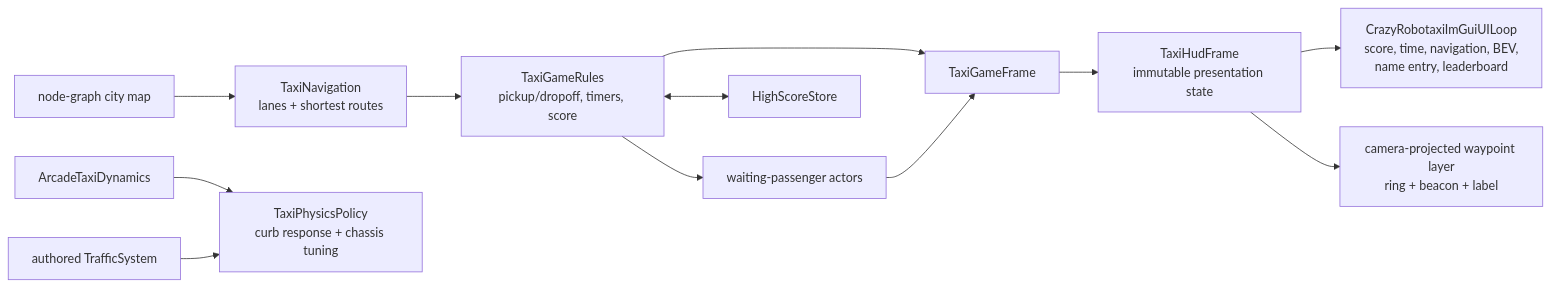
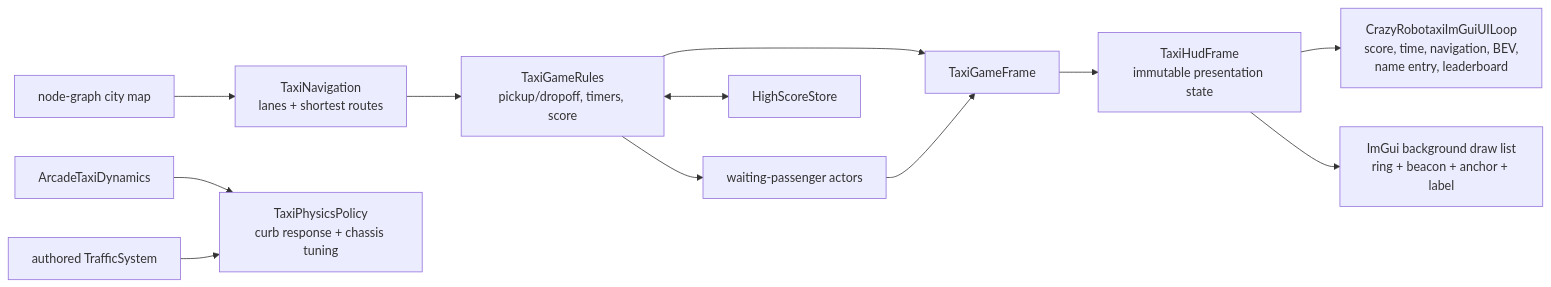
One commit to NVIDIA/flashdreams changed the fifth of 6 diagrams in docs/design/crazy_robotaxi_v2_architecture.md. Above: the diagram before and after it, drawn with Mermaid. The commit also changed other lines of this file and 4 other files, not shown here.

Commit message:
Render Crazy Robotaxi waypoints with ImGui

````diff
--- a/docs/design/crazy_robotaxi_v2_architecture.md
+++ b/docs/design/crazy_robotaxi_v2_architecture.md
@@ -248,24 +247,24 @@
 ```mermaid
 flowchart LR
     MAP["node-graph city map"]
     NAV["TaxiNavigation<br/>lanes + shortest routes"]
     FARES["TaxiGameRules<br/>pickup/dropoff, timers, score"]
     TAXI["ArcadeTaxiDynamics"]
     TAXIPHYS["TaxiPhysicsPolicy<br/>curb response + chassis tuning"]
     TRAFFIC["authored TrafficSystem"]
     PASSENGERS["waiting-passenger actors"]
     SCORES["HighScoreStore"]
     FRAME["TaxiGameFrame"]
     HUDSTATE["TaxiHudFrame<br/>immutable presentation state"]
-    WAYPOINTS["camera-projected waypoint layer<br/>ring + beacon + label"]
+    WAYPOINTS["ImGui background draw list<br/>ring + beacon + anchor + label"]
     IMGUI["CrazyRobotaxiImGuiUILoop<br/>score, time, navigation, BEV,<br/>name entry, leaderboard"]
 
     MAP --> NAV --> FARES
     TAXI --> TAXIPHYS
     TRAFFIC --> TAXIPHYS
     FARES --> PASSENGERS
     FARES <--> SCORES
     FARES --> FRAME --> HUDSTATE --> IMGUI
     HUDSTATE --> WAYPOINTS
     PASSENGERS --> FRAME
 ```
````
